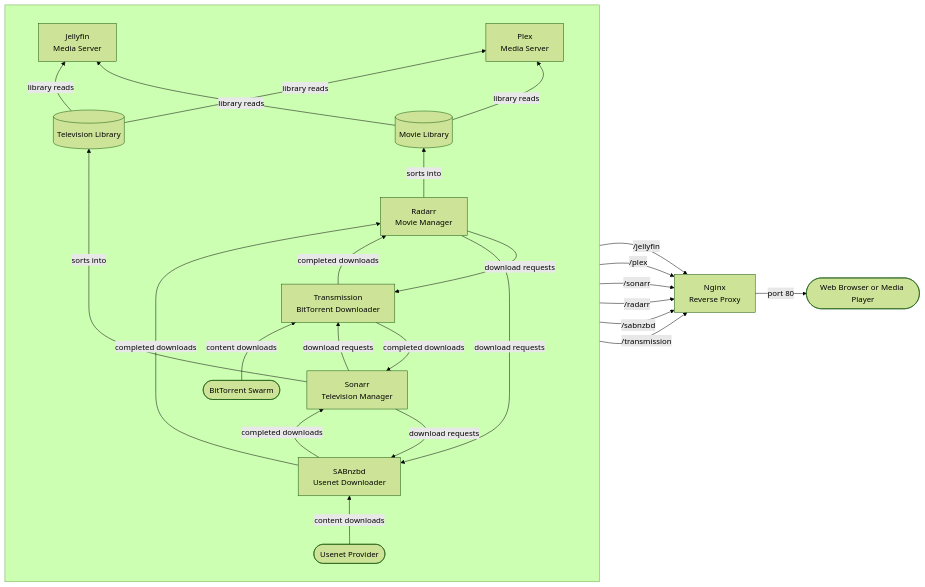
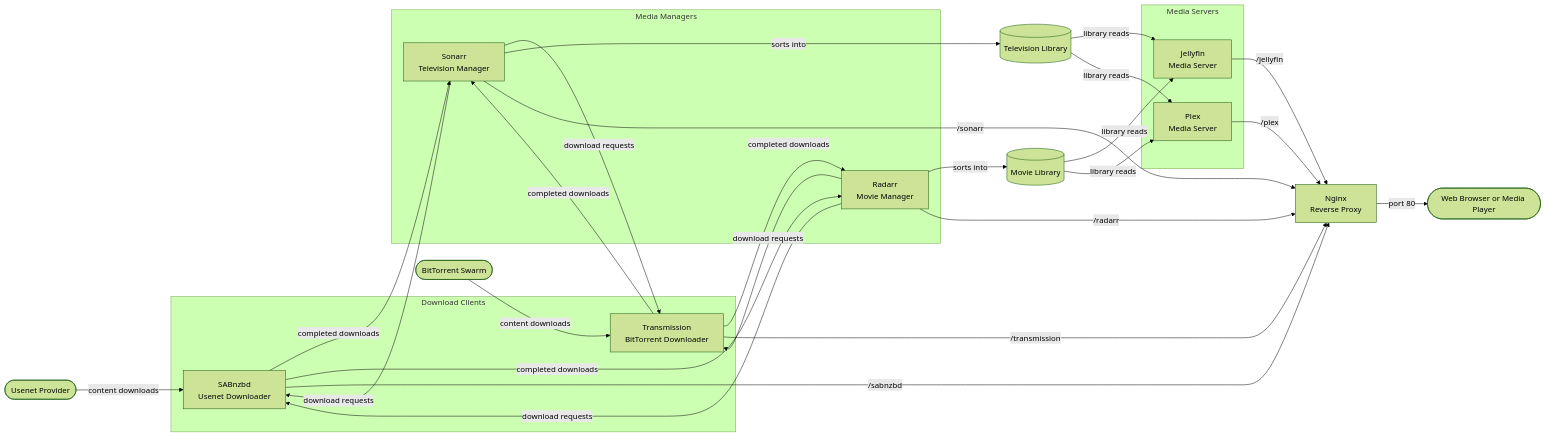
Before and after one commit to evinowen/bragi: the diagram in README.md, drawn with Mermaid (forest theme).

Commit message:
Group services in Mermaid diagram by role: Download Clients, Media Managers, Media Servers

````diff
--- a/README.md
+++ b/README.md
@@ -20,44 +20,51 @@
 ```mermaid
 flowchart LR
-    subgraph pipe[" "]
-        direction BT
-        UP([Usenet Provider])
-        BT_SRC([BitTorrent Swarm])
+    UP([Usenet Provider])
+    BT_SRC([BitTorrent Swarm])
+
+    subgraph downloaders[Download Clients]
         SAB["SABnzbd<br>Usenet Downloader"]
         TRN["Transmission<br>BitTorrent Downloader"]
+    end
+
+    subgraph managers[Media Managers]
         SON["Sonarr<br>Television Manager"]
         RAD["Radarr<br>Movie Manager"]
-        TL[(Television Library)]
-        ML[(Movie Library)]
+    end
+
+    TL[(Television Library)]
+    ML[(Movie Library)]
+
+    subgraph servers[Media Servers]
         JF["Jellyfin<br>Media Server"]
         PL["Plex<br>Media Server"]
-
-        UP -->|content downloads| SAB
-        BT_SRC -->|content downloads| TRN
-        SON -->|download requests| SAB
-        SON -->|download requests| TRN
-        SAB -->|completed downloads| SON
-        TRN -->|completed downloads| SON
-        RAD -->|download requests| SAB
-        RAD -->|download requests| TRN
-        SAB -->|completed downloads| RAD
-        TRN -->|completed downloads| RAD
-        SON -->|sorts into| TL
-        RAD -->|sorts into| ML
-        TL -->|library reads| JF
-        ML -->|library reads| JF
-        TL -->|library reads| PL
-        ML -->|library reads| PL
     end
 
     NGX["Nginx<br>Reverse Proxy"]
     CLIENT([Web Browser or Media Player])
+
+    UP -->|content downloads| SAB
+    BT_SRC -->|content downloads| TRN
+    SON -->|download requests| SAB
+    SON -->|download requests| TRN
+    SAB -->|completed downloads| SON
+    TRN -->|completed downloads| SON
+    RAD -->|download requests| SAB
+    RAD -->|download requests| TRN
+    SAB -->|completed downloads| RAD
+    TRN -->|completed downloads| RAD
+    SON -->|sorts into| TL
+    RAD -->|sorts into| ML
+    TL -->|library reads| JF
+    ML -->|library reads| JF
+    TL -->|library reads| PL
+    ML -->|library reads| PL
 
     JF -->|/jellyfin| NGX
     PL -->|/plex| NGX
     SON -->|/sonarr| NGX
     RAD -->|/radarr| NGX
     SAB -->|/sabnzbd| NGX
     TRN -->|/transmission| NGX
     NGX -->|port 80| CLIENT
 ```
````
